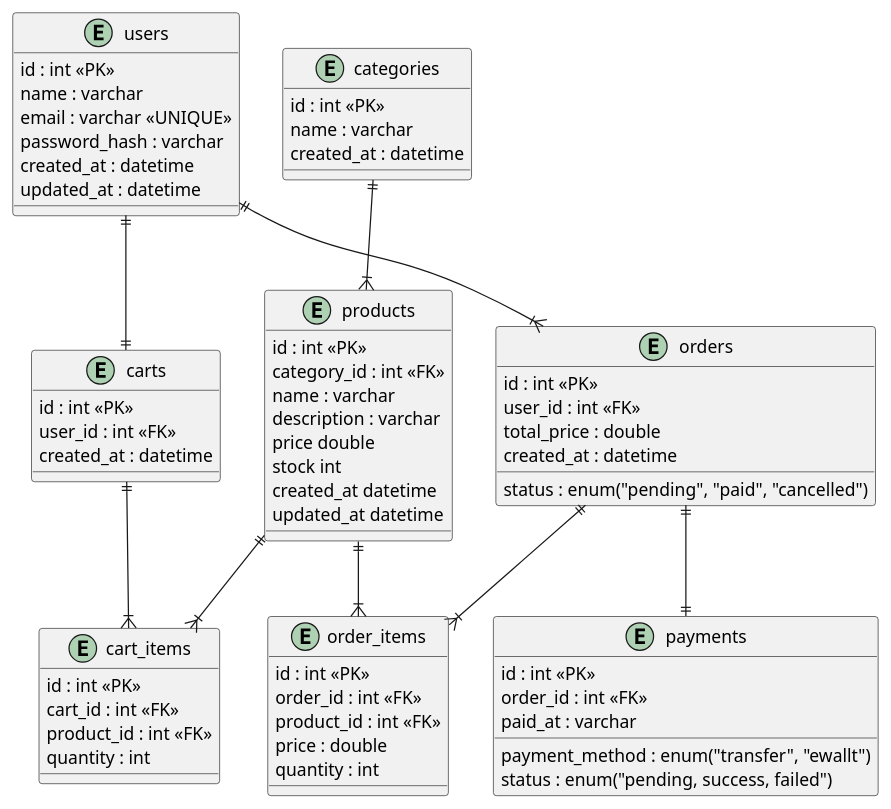
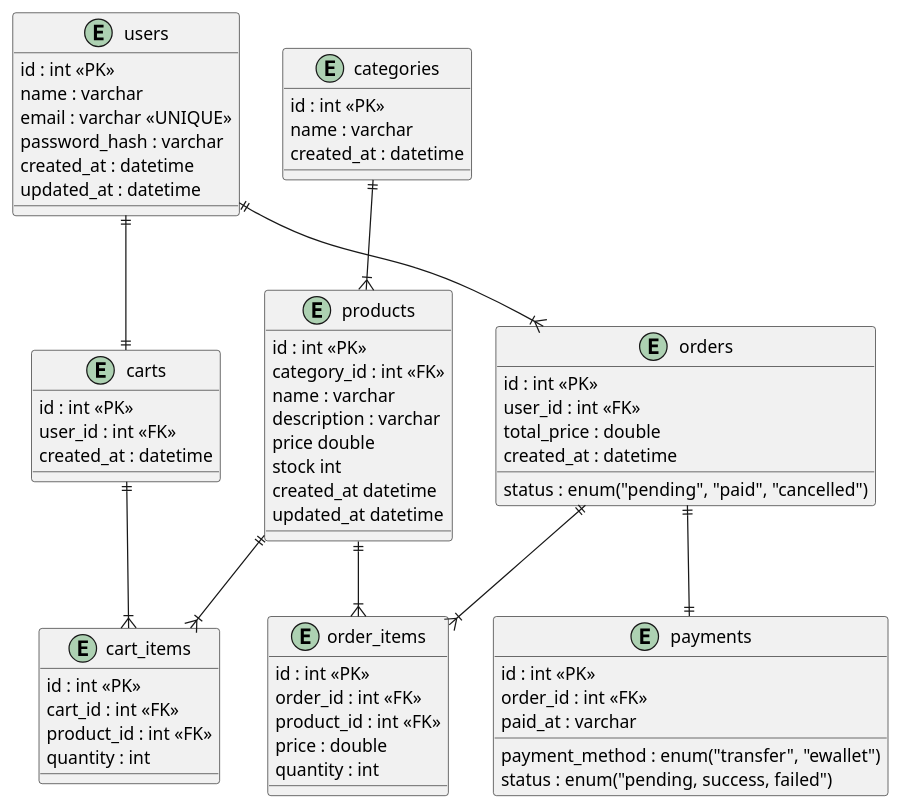
The diagram in ecommerce.puml (abdanzakialifian/mini-ecommerce), drawn with PlantUML before and after one commit.

Commit message:
enhancement ecommerce.puml

```diff
--- a/ecommerce.puml
+++ b/ecommerce.puml
@@ -1,73 +1,73 @@
 @startuml
 entity users {
     id : int <<PK>>
     name : varchar
     email : varchar <<UNIQUE>>
     password_hash : varchar
     created_at : datetime
     updated_at : datetime
 }
 
 entity categories {
     id : int <<PK>>
     name : varchar
     created_at : datetime
 }
 
 entity products {
     id : int <<PK>>
     category_id : int <<FK>>
     name : varchar
     description : varchar
     price double
     stock int
     created_at datetime
     updated_at datetime
 }
 
 entity carts {
     id : int <<PK>>
     user_id : int <<FK>>
     created_at : datetime
 }
 
 entity cart_items {
     id : int <<PK>>
     cart_id : int <<FK>>
     product_id : int <<FK>>
     quantity : int
 }
 
 entity orders {
     id : int <<PK>>
     user_id : int <<FK>>
     total_price : double
     status : enum("pending", "paid", "cancelled")
     created_at : datetime
 }
 
 entity order_items {
     id : int <<PK>>
     order_id : int <<FK>>
     product_id : int <<FK>>
     price : double
     quantity : int
 }
 
 entity payments {
     id : int <<PK>>
     order_id : int <<FK>>
-    payment_method : enum("transfer", "ewallt")
+    payment_method : enum("transfer", "ewallet")
     status : enum("pending, success, failed")
     paid_at : varchar
 }
 
 categories||--|{products
 users||--||carts
 carts||--|{cart_items
 products||--|{cart_items
 users ||--|{orders
 orders||--|{order_items
 products||--|{order_items
 orders ||--||payments
 @enduml
```
